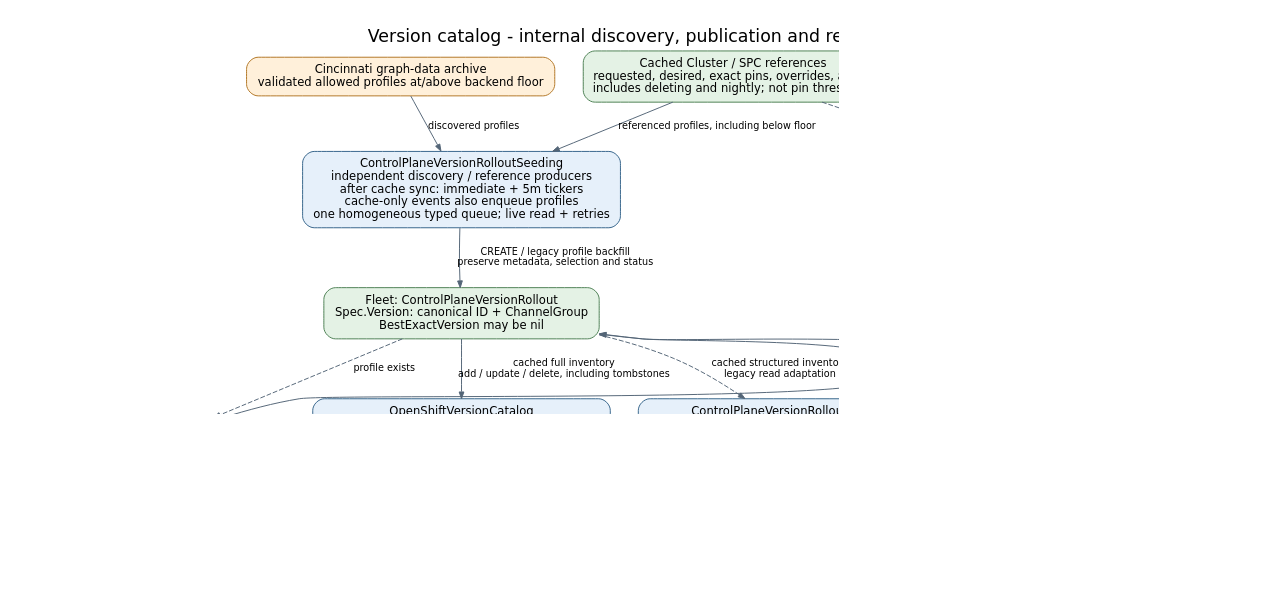
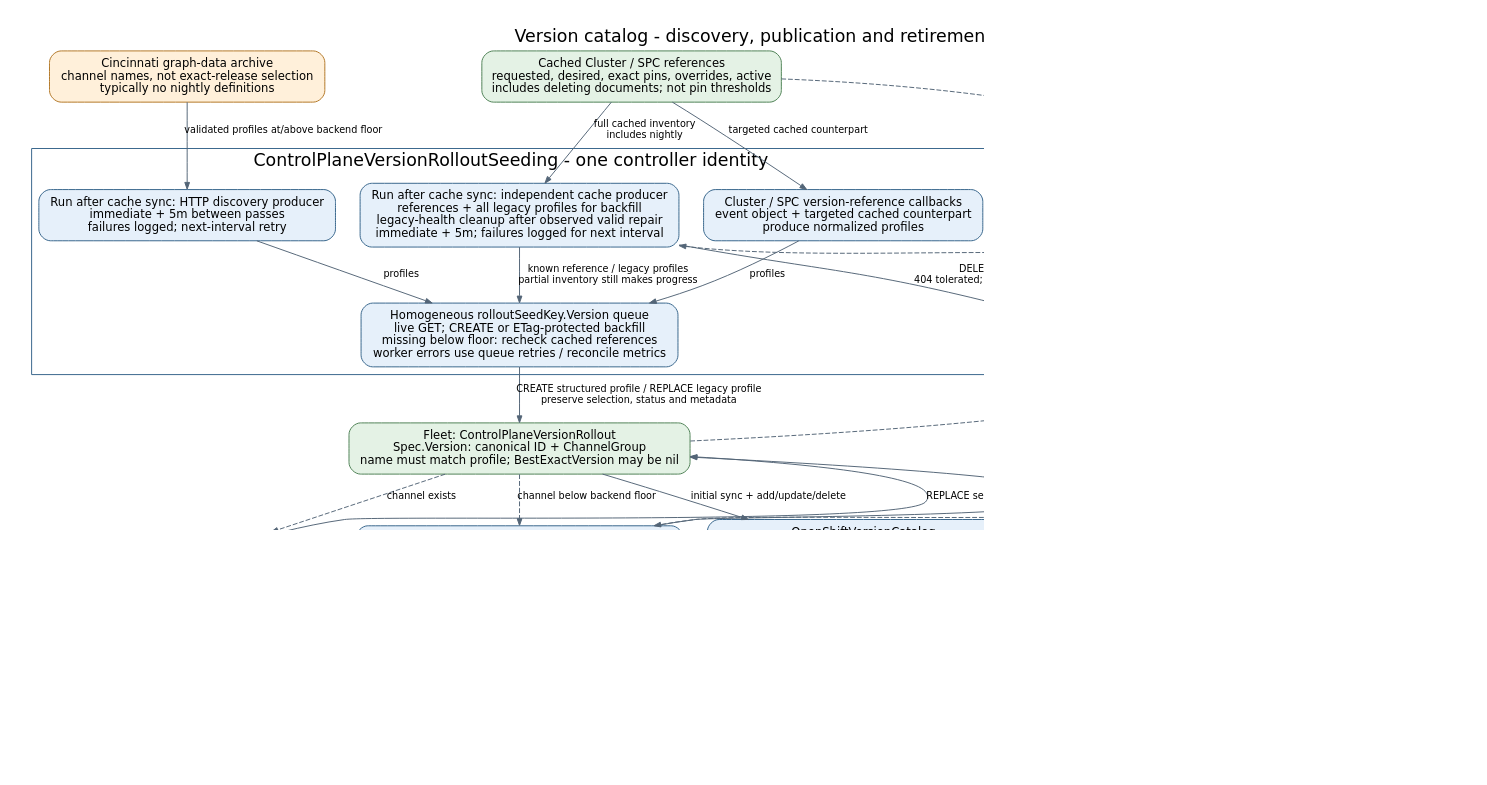
One commit to stevekuznetsov/ARO-HCP changed the diagram in docs/diagrams/controller-flows/version-catalog.dot. Above: the diagram before and after it, drawn with Graphviz. The commit also changed 49 other files, not shown here.

Commit message:
feat: serve available OpenShift versions from Cosmos

```diff
--- a/docs/diagrams/controller-flows/version-catalog.dot
+++ b/docs/diagrams/controller-flows/version-catalog.dot
@@ -1,25 +1,39 @@
 digraph version_catalog {
-  graph [rankdir=TB, bgcolor="white", pad="0.3", nodesep="0.4", ranksep="0.55", fontname="DejaVu Sans", fontsize=18, labelloc=t, label="Version catalog - internal discovery, publication and retirement", dpi=110];
+  graph [rankdir=TB, bgcolor="white", pad="0.3", nodesep="0.35", ranksep="0.5", fontname="DejaVu Sans", fontsize=18, labelloc=t, label="Version catalog - discovery, publication and retirement", dpi=110];
   node [shape=box, style="rounded,filled", fillcolor="#e6f0fa", color="#35648a", fontname="DejaVu Sans", fontsize=12, margin="0.16,0.10"];
   edge [color="#536577", fontname="DejaVu Sans", fontsize=10, arrowsize=0.7];
-  graphdata [label="Cincinnati graph-data archive\nvalidated allowed profiles at/above backend floor", fillcolor="#fff0da", color="#b27624"];
-  refs [label="Cached Cluster / SPC references\nrequested, desired, exact pins, overrides, active\nincludes deleting and nightly; not pin thresholds", fillcolor="#e4f2e5", color="#4c8053"];
-  seed [label="ControlPlaneVersionRolloutSeeding\nindependent discovery / reference producers\nafter cache sync: immediate + 5m tickers\ncache-only events also enqueue profiles\none homogeneous typed queue; live read + retries"];
-  fleet [label="Fleet: ControlPlaneVersionRollout\nSpec.Version: canonical ID + ChannelGroup\nBestExactVersion may be nil", fillcolor="#e4f2e5", color="#4c8053"];
-  best [label="ControlPlaneVersionBestVersionSelection\nCincinnati exact-release selection\nexisting selector does not resolve nightly"];
-  publish [label="OpenShiftVersionCatalog\ninitial cache sync + startup + rollout events\n5m delayed requeue; one regional key / worker\nadapt legacy profile without persisted backfill\nvalidate all; public floor; sort ID then channel\nAvailable = BestExactVersion != nil"];
-  catalog [label="Resources: OpenShiftVersionCatalog/default\nprovider-namespace partition; regional account\nEntries: Version {ID, ChannelGroup}, Available\nincludes unresolved entries; empty results = []", fillcolor="#e4f2e5", color="#4c8053"];
-  retire [label="ControlPlaneVersionRolloutRetirement\nafter cache sync: immediate + 5m ticker\none regional key / worker; queue retries\nadapt legacy profiles; validate all inventory\nDELETE only below backend floor AND unreferenced\nany inventory error blocks all deletion"];
-  boundary [shape=note, label="Catalog persistence only at this stage\nFrontend version GET/LIST still use Cluster Service", fillcolor="#f5f5f5", color="#777777"];
-  graphdata -> seed [label="discovered profiles"];
-  refs -> seed [label="referenced profiles, including below floor"];
-  seed -> fleet [label="CREATE / legacy profile backfill\npreserve metadata, selection and status"];
-  fleet -> best [label="profile exists", style=dashed];
-  best -> fleet [label="persist changed best", constraint=false];
-  refs -> retire [label="complete reference inventory\nincludes deleting documents", style=dashed, constraint=false];
-  fleet -> retire [label="cached structured inventory\nlegacy read adaptation", style=dashed];
-  retire -> fleet [label="DELETE obsolete unreferenced profiles\n404 tolerated; retain at/above floor", constraint=false];
-  fleet -> publish [label="cached full inventory\nadd / update / delete, including tombstones"];
-  publish -> catalog [label="point GET; CREATE / changed ETag REPLACE\nerrors preserve previous snapshot and retry"];
-  {rank=same; catalog; boundary;}
+  graphdata [label="Cincinnati graph-data archive\nchannel names, not exact-release selection\ntypically no nightly definitions", fillcolor="#fff0da", color="#b27624"];
+  refs [label="Cached Cluster / SPC references\nrequested, desired, exact pins, overrides, active\nincludes deleting documents; not pin thresholds", fillcolor="#e4f2e5", color="#4c8053"];
+  subgraph cluster_seed {
+    label="ControlPlaneVersionRolloutSeeding - one controller identity";
+    color="#35648a";
+    discovery [label="Run after cache sync: HTTP discovery producer\nimmediate + 5m between passes\nfailures logged; next-interval retry"];
+    repair [label="Run after cache sync: independent cache producer\nreferences + all legacy profiles for backfill\nlegacy-health cleanup after observed valid repair\nimmediate + 5m; failures logged for next interval"];
+    events [label="Cluster / SPC version-reference callbacks\nevent object + targeted cached counterpart\nproduce normalized profiles"];
+    seed [label="Homogeneous rolloutSeedKey.Version queue\nlive GET; CREATE or ETag-protected backfill\nmissing below floor: recheck cached references\nworker errors use queue retries / reconcile metrics"];
+  }
+  fleet [label="Fleet: ControlPlaneVersionRollout\nSpec.Version: canonical ID + ChannelGroup\nname must match profile; BestExactVersion may be nil", fillcolor="#e4f2e5", color="#4c8053"];
+  best [label="ControlPlaneVersionBestVersionSelection\nexisting Cincinnati exact-release selector\nnightly remains unresolved by this selector"];
+  retire [label="ControlPlaneVersionRolloutRetirement\nstartup + every 5m; adapt legacy read boundary\nvalidate structured inventory before deletion\nDELETE only below backend floor AND unreferenced"];
+  publish [label="OpenShiftVersionCatalog\nrollout events + startup + every 5m\nadapt legacy read boundary; project Spec.Version\npublic floor; Available = best != nil\nhonors any selected nightly rollout"];
+  catalog [label="Resources: OpenShiftVersionCatalog/default\nregional snapshot, including empty results", fillcolor="#e4f2e5", color="#4c8053"];
+  api [label="Frontend GET / LIST (all API versions)\none Resources point read; no CS fallback\nshared allowed-channel sets\ncandidate / nightly require AFEC", fillcolor="#eee7fb", color="#7b59a4"];
+  health [label="Resources: legacy per-cluster\nseeder Controller status", fillcolor="#e4f2e5", color="#4c8053"];
+  graphdata -> discovery [label="validated profiles at/above backend floor"];
+  refs -> repair [label="full cached inventory\nincludes nightly"];
+  refs -> events [label="targeted cached counterpart"];
+  discovery -> seed [label="profiles"];
+  repair -> seed [label="known reference / legacy profiles\npartial inventory still makes progress"];
+  events -> seed [label="profiles"];
+  fleet -> repair [label="cached legacy inventory\n+ repair observation", style=dashed, constraint=false];
+  repair -> health [label="DELETE after observed repair\n404 tolerated; cleanup errors retry next interval"];
+  seed -> fleet [label="CREATE structured profile / REPLACE legacy profile\npreserve selection, status and metadata"];
+  fleet -> best [label="channel exists", style=dashed];
+  best -> fleet [label="REPLACE selected best", constraint=false];
+  refs -> retire [label="all references validated", style=dashed, constraint=false];
+  fleet -> retire [label="channel below backend floor", style=dashed];
+  retire -> fleet [label="DELETE; retain referenced channels", constraint=false];
+  fleet -> publish [label="initial sync + add/update/delete"];
+  publish -> catalog [label="CREATE / changed REPLACE"];
+  catalog -> api [label="snapshot, not fleet health"];
 }
```
